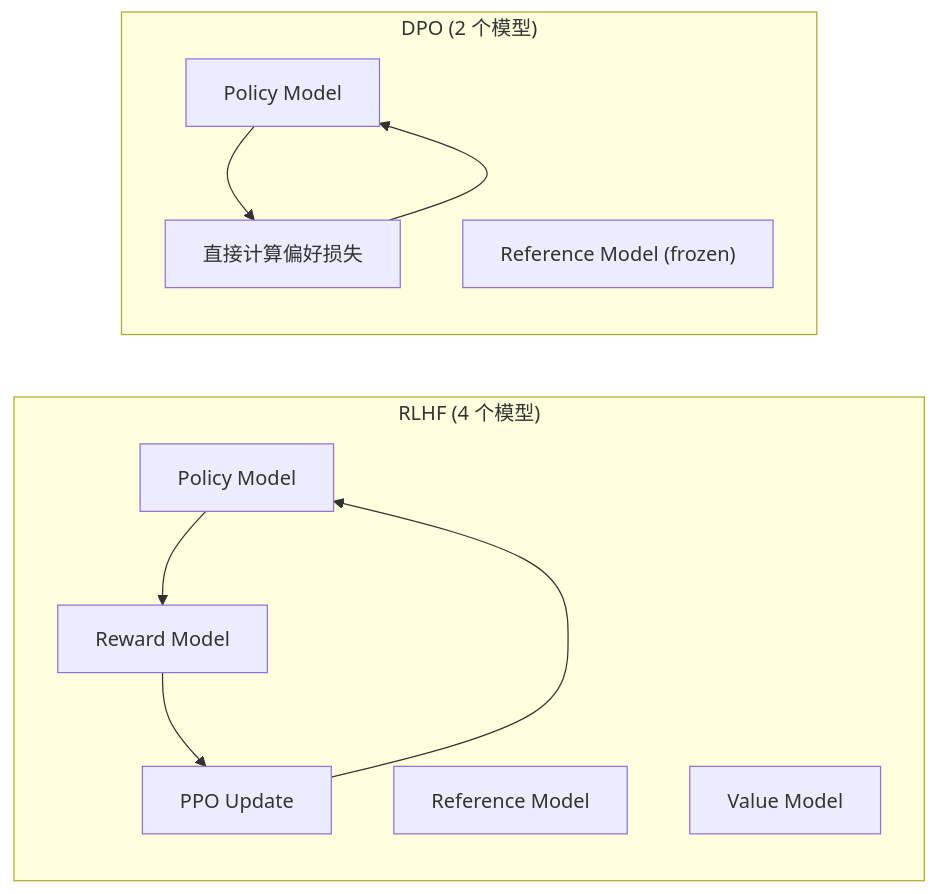
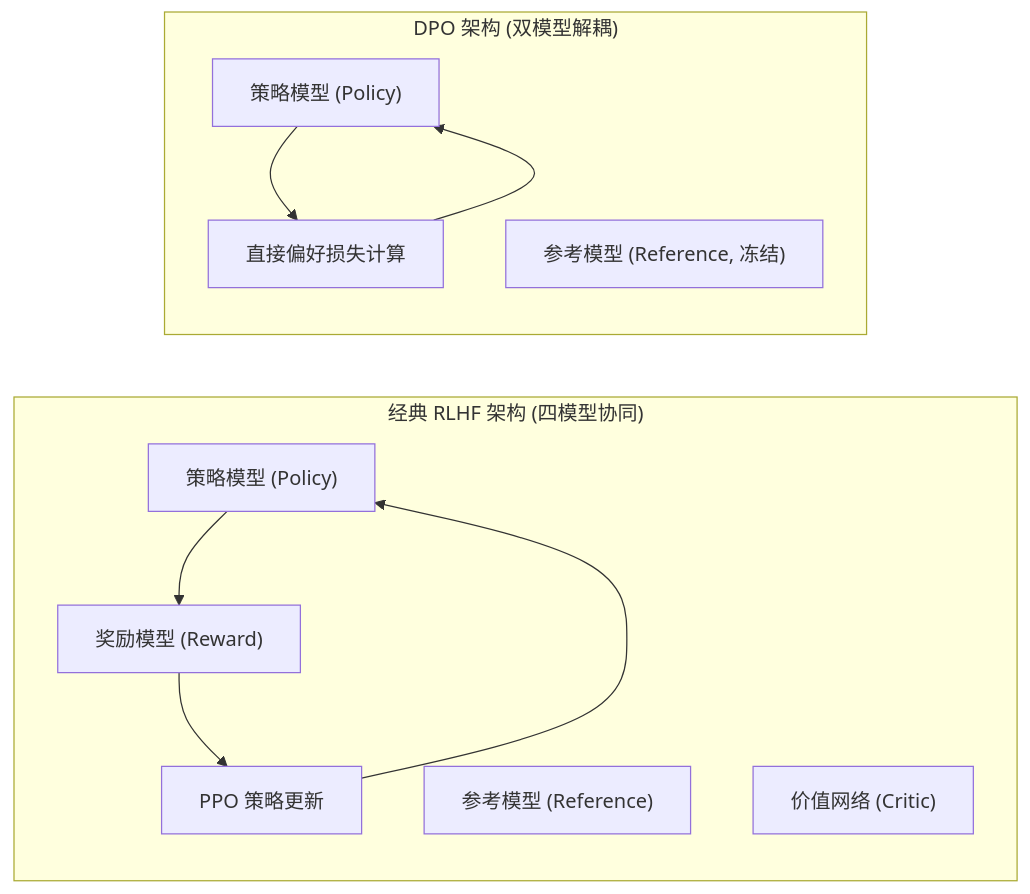
One commit to yingwang/thinking-in-llm changed the second of 6 diagrams in chapters/04-alignment.md. Above: the diagram before and after it, drawn with Mermaid. The commit also changed other lines of this file and 31 other files, not shown here.

````diff
--- a/chapters/04-alignment.md
+++ b/chapters/04-alignment.md
@@ -304,16 +289,16 @@
 ```mermaid
 graph LR
-    subgraph "RLHF (4 个模型)"
-        A1["Policy Model"] --> A2["Reward Model"]
-        A2 --> A3["PPO Update"]
+    subgraph "经典 RLHF 架构 (四模型协同)"
+        A1["策略模型 (Policy)"] --> A2["奖励模型 (Reward)"]
+        A2 --> A3["PPO 策略更新"]
         A3 --> A1
-        A4["Reference Model"]
-        A5["Value Model"]
+        A4["参考模型 (Reference)"]
+        A5["价值网络 (Critic)"]
     end
     
-    subgraph "DPO (2 个模型)"
-        B1["Policy Model"] --> B2["直接计算偏好损失"]
+    subgraph "DPO 架构 (双模型解耦)"
+        B1["策略模型 (Policy)"] --> B2["直接偏好损失计算"]
         B2 --> B1
-        B3["Reference Model (frozen)"]
+        B3["参考模型 (Reference, 冻结)"]
     end
 ```
````
